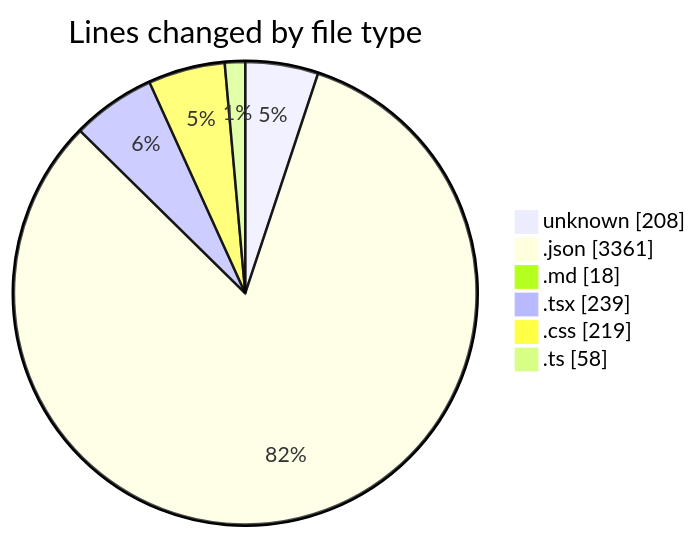
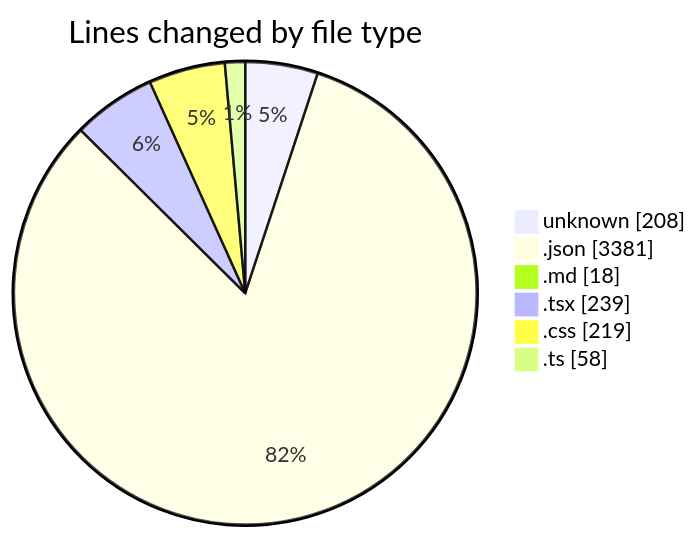
Before and after one commit to EIIisD/code-tracking: the first of 2 diagrams in 2025-08-07/ribbon/README.md, drawn with Mermaid. The commit also changed other lines of this file and 1 other file, not shown here.

````diff
--- a/2025-08-07/ribbon/README.md
+++ b/2025-08-07/ribbon/README.md
@@ -30,10 +30,10 @@
 ```mermaid
 pie showData
 title Lines changed by file type
 "unknown" : 208
-".json" : 3361
+".json" : 3381
 ".md" : 18
 ".tsx" : 239
 ".css" : 219
 ".ts" : 58
 ```
````
